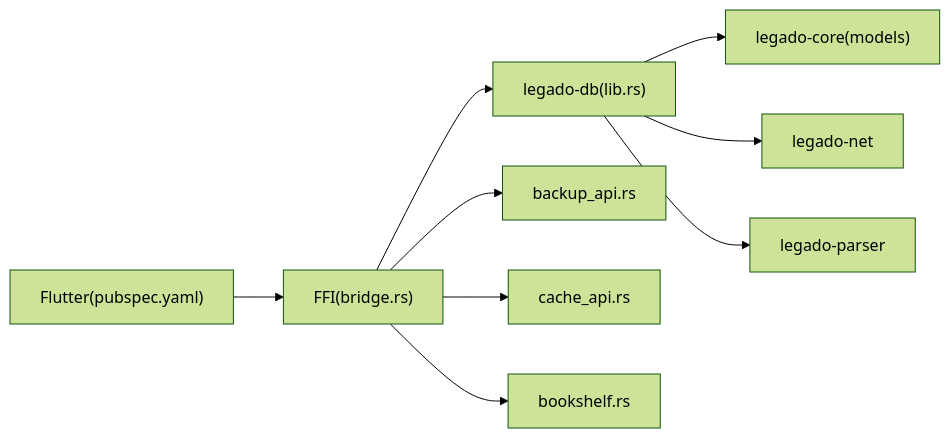
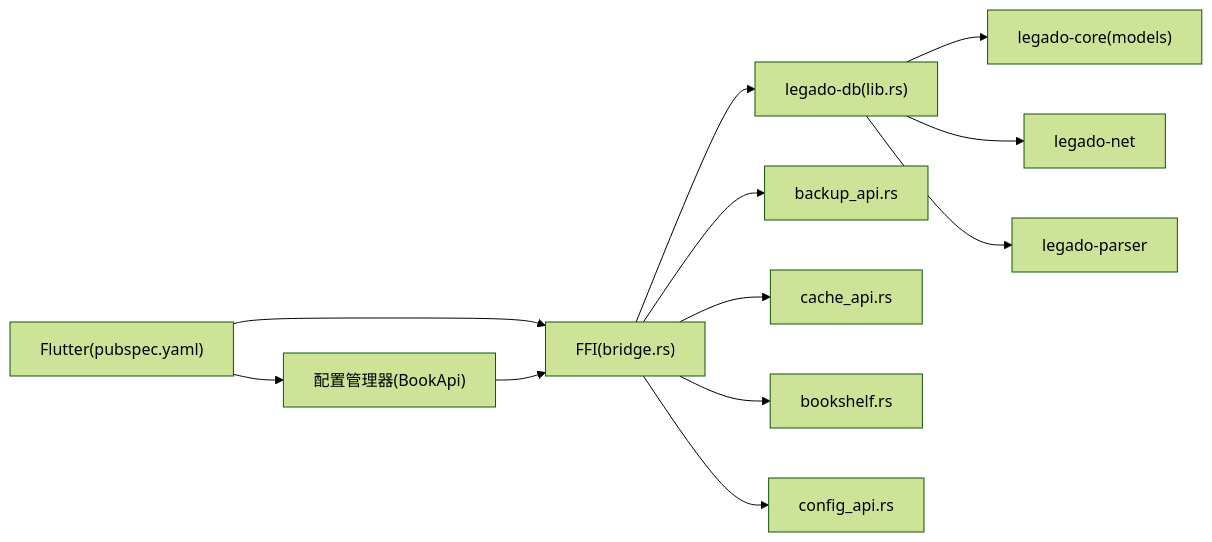
Before and after one commit to ZhangGHGitHub/LegadoTeamFlutter: the eighth of 8 diagrams in .qoder/repowiki/zh/content/Flutter跨平台应用/数据持久化.md, drawn with Mermaid (forest theme). The commit also changed other lines of this file and 173 other files, not shown here.

````diff
--- a/.qoder/repowiki/zh/content/Flutter跨平台应用/数据持久化.md
+++ b/.qoder/repowiki/zh/content/Flutter跨平台应用/数据持久化.md
@@ -422,11 +524,14 @@
 ```mermaid
 graph LR
 FL["Flutter(pubspec.yaml)"] --> FFI["FFI(bridge.rs)"]
+FL --> Config["配置管理器(BookApi)"]
+Config --> FFI
 FFI --> DB["legado-db(lib.rs)"]
 DB --> Core["legado-core(models)"]
 DB --> Net["legado-net"]
 DB --> Parser["legado-parser"]
 FFI --> Backup["backup_api.rs"]
 FFI --> Cache["cache_api.rs"]
 FFI --> Bookshelf["bookshelf.rs"]
+FFI --> ConfigAPI["config_api.rs"]
 ```
````
